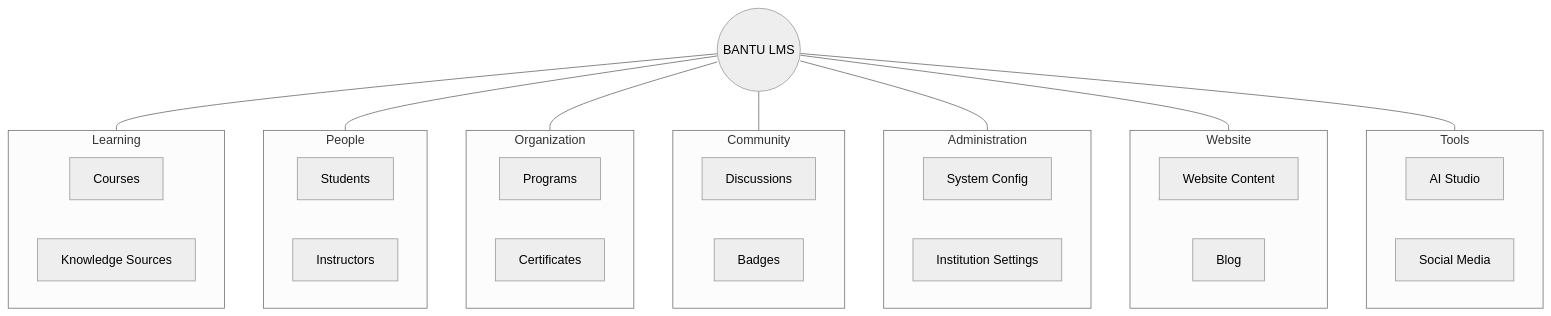
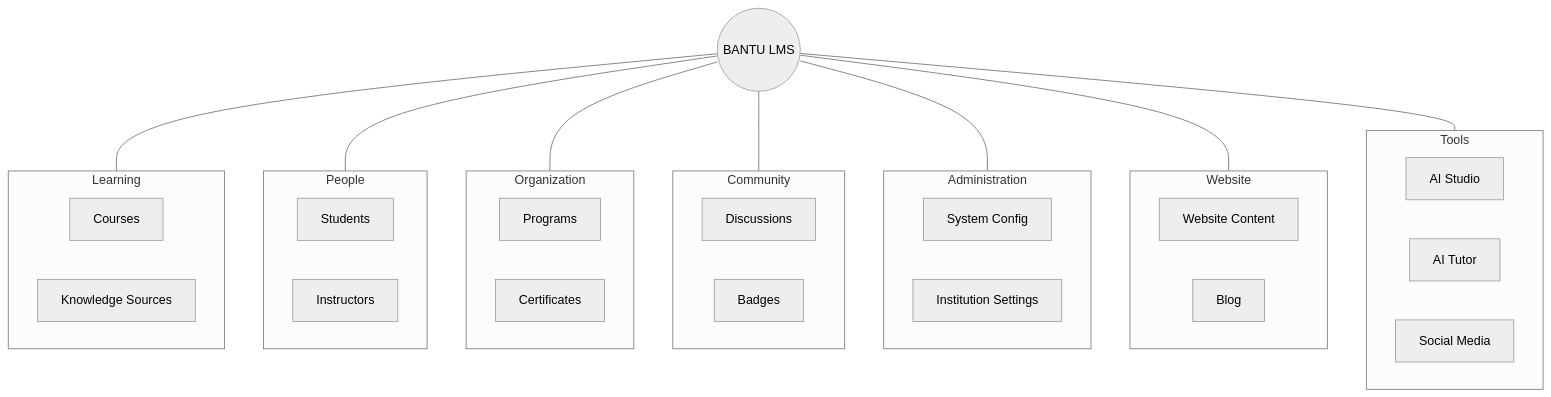
One commit to tawandamatsika39/portfolio-tawanda changed the diagram in content/blog/2026/building-bantucode-update.md. Above: the diagram before and after it, drawn with Mermaid (neutral theme). The commit also changed other lines of this file, not shown here.

First line of the commit message:
Add AI Tutor to diagram, flag unemployment-stat methodology caveat

````diff
--- a/content/blog/2026/building-bantucode-update.md
+++ b/content/blog/2026/building-bantucode-update.md
@@ -81,47 +83,48 @@
 ```mermaid
 flowchart TB
   Core(("BANTU LMS"))
 
   subgraph Learning["Learning"]
     Courses["Courses"]
     Knowledge["Knowledge Sources"]
   end
 
   subgraph People["People"]
     Students["Students"]
     Instructors["Instructors"]
   end
 
   subgraph Organization["Organization"]
     Programs["Programs"]
     Certificates["Certificates"]
   end
 
   subgraph Community["Community"]
     Discussions["Discussions"]
     Badges["Badges"]
   end
 
   subgraph Administration["Administration"]
     SystemConfig["System Config"]
     InstSettings["Institution Settings"]
   end
 
   subgraph Website["Website"]
     WebsiteContent["Website Content"]
     Blog["Blog"]
   end
 
   subgraph Tools["Tools"]
     AiStudio["AI Studio"]
+    AiTutor["AI Tutor"]
     SocialMedia["Social Media"]
   end
 
   Core --- Learning
   Core --- People
   Core --- Organization
   Core --- Community
   Core --- Administration
   Core --- Website
   Core --- Tools
 ```
````
